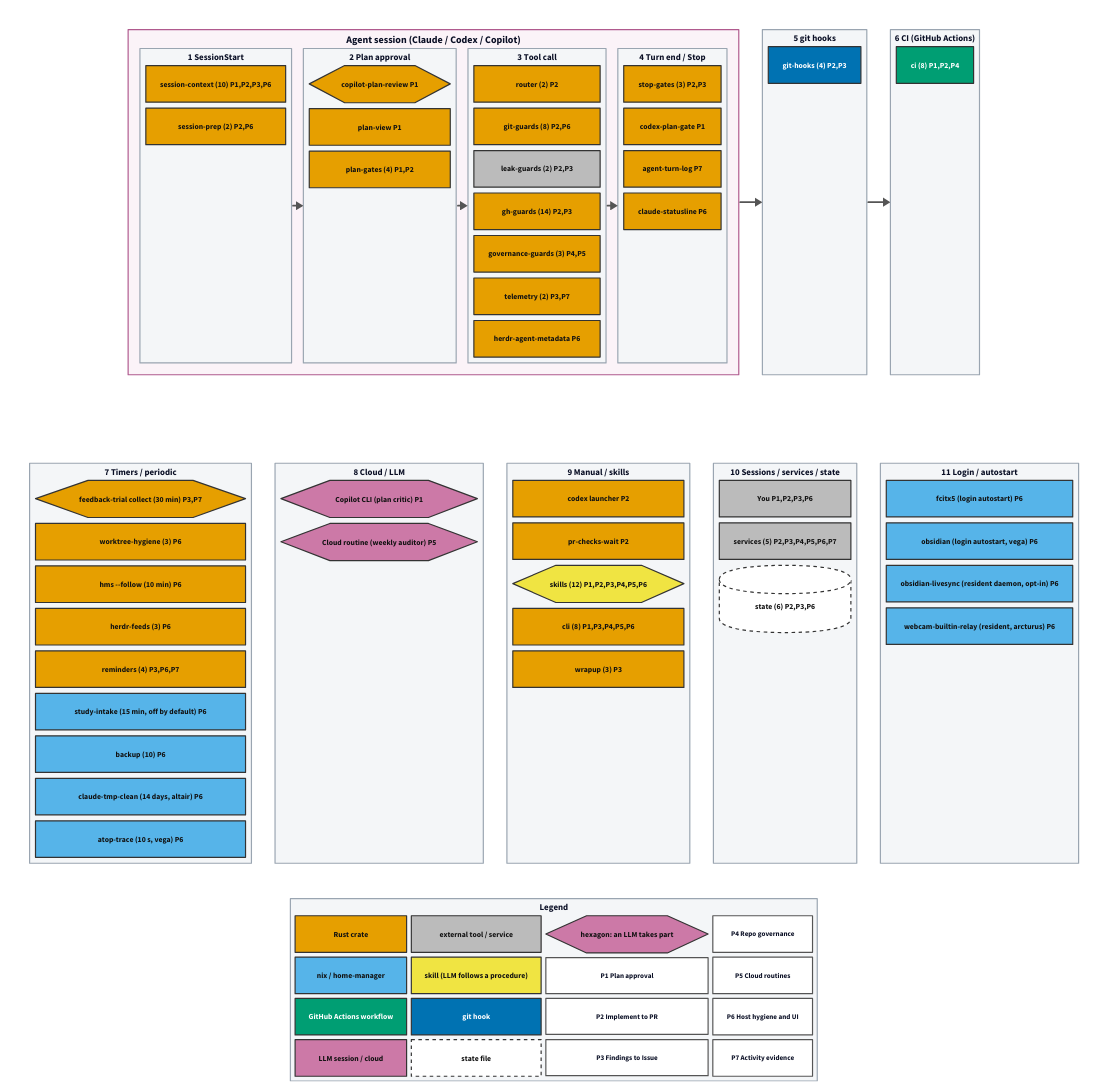
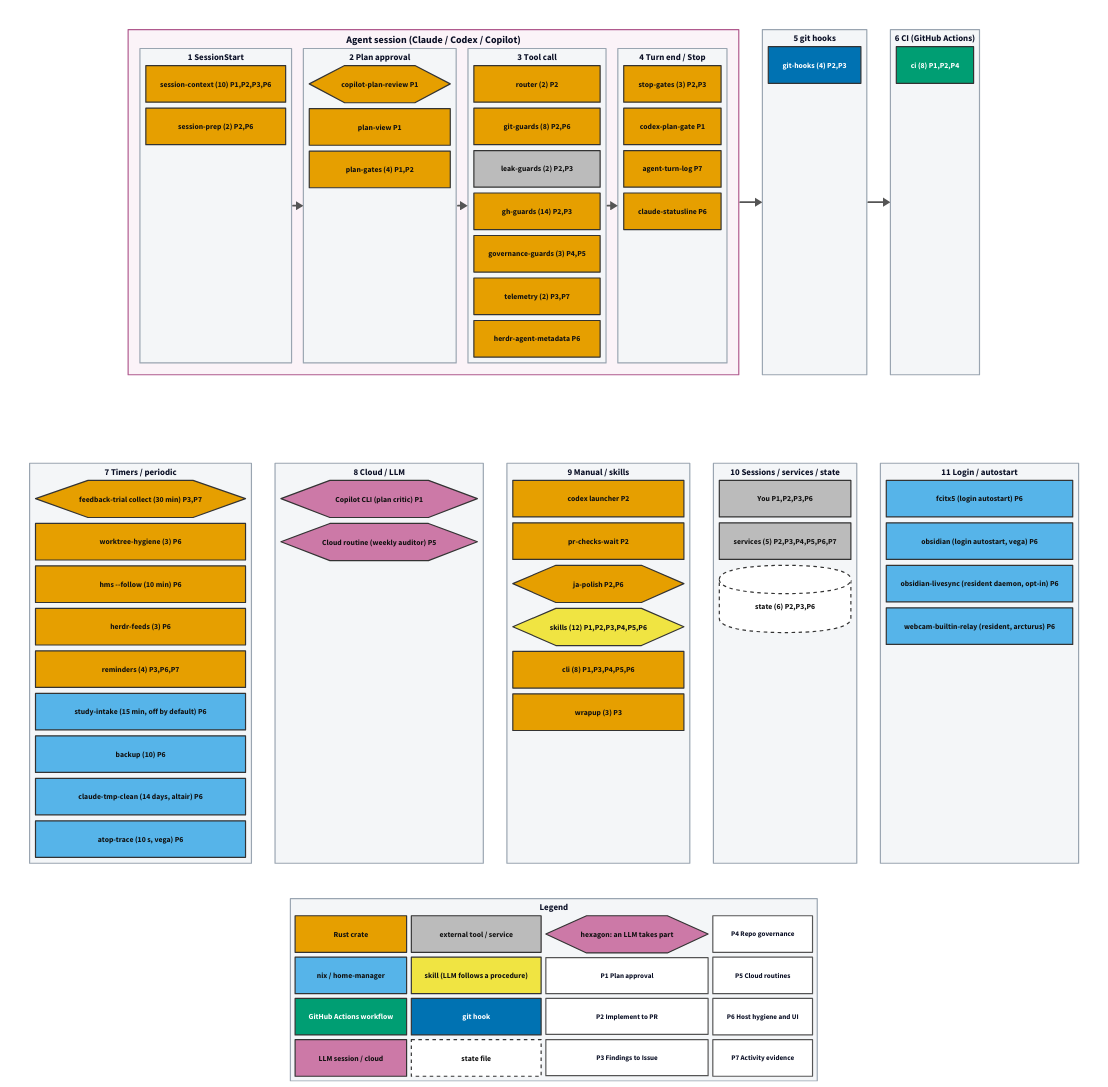
One commit to tarotene/dotfiles changed the diagram in docs/assets/pipeline-map/overview.d2. Above: the diagram before and after it, drawn with D2. The commit also changed 32 other files, not shown here.

```diff
--- a/docs/assets/pipeline-map/overview.d2
+++ b/docs/assets/pipeline-map/overview.d2
@@ -322,6 +322,10 @@
     g_pr_checks_wait: "pr-checks-wait  P2" {
       class: s_rust
     }
+    g_ja_polish: "ja-polish  P2,P6" {
+      class: s_rust
+      shape: hexagon
+    }
     g_skills: "skills (12)  P1,P2,P3,P4,P5,P6" {
       class: s_skill
       shape: hexagon
```
